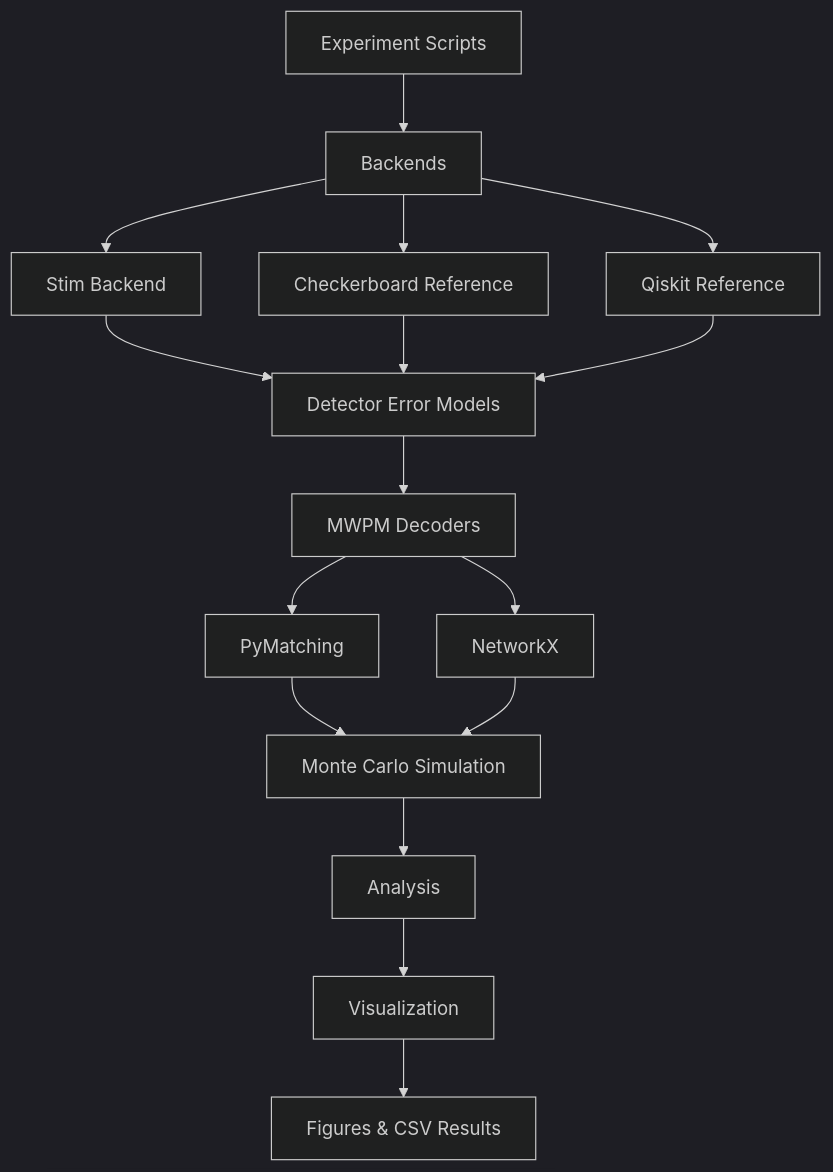
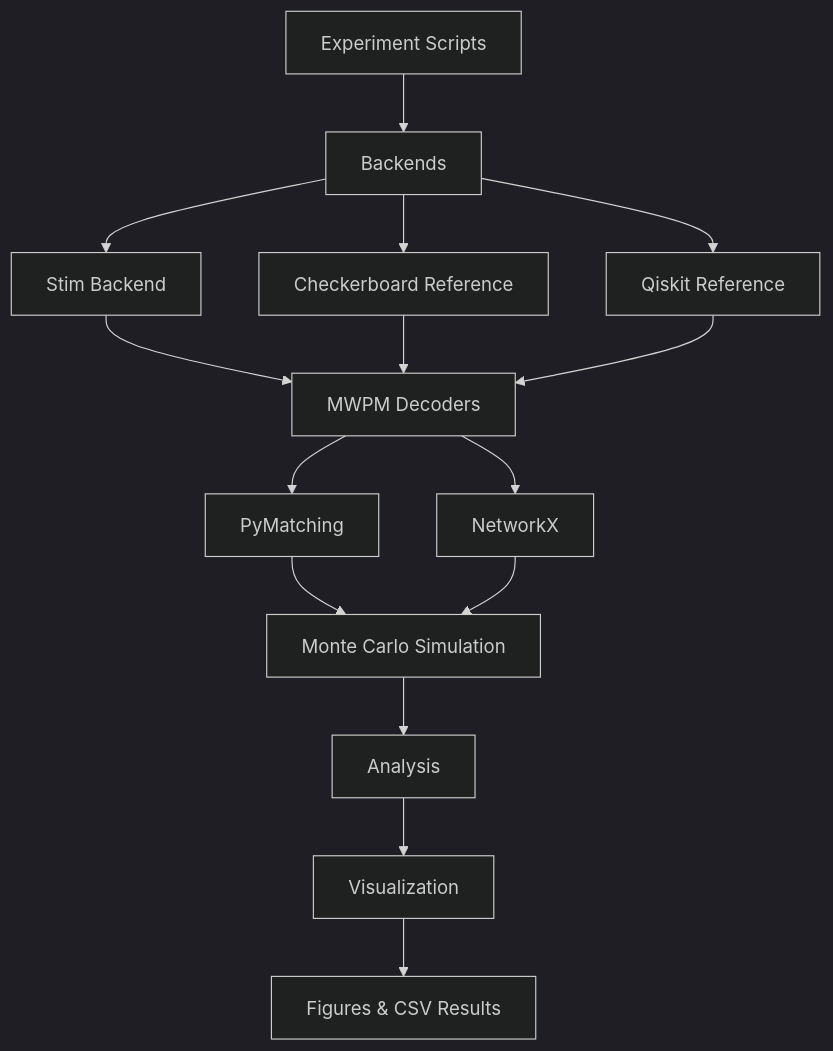
Before and after one commit to AriaWu34/surface-code-benchmark-framework: the diagram in README.md, drawn with Mermaid (dark theme).

Commit message:
Update flowchart

````diff
--- a/README.md
+++ b/README.md
@@ -19,28 +19,26 @@
 ```mermaid
 flowchart TD
 
     A[Experiment Scripts] --> B[Backends]
 
     B --> C1[Stim Backend]
     B --> C2[Checkerboard Reference]
     B --> C3[Qiskit Reference]
 
-    C1 --> D[Detector Error Models]
+    C1 --> D[MWPM Decoders]
     C2 --> D
     C3 --> D
 
-    D --> E[MWPM Decoders]
+    D --> D1[PyMatching]
+    D --> D2[NetworkX]
 
-    E --> F1[PyMatching]
-    E --> F2[NetworkX]
+    D1 --> E[Monte Carlo Simulation]
+    D2 --> E
 
-    F1 --> G[Monte Carlo Simulation]
-    F2 --> G
+    E --> F[Analysis]
 
-    G --> H[Analysis]
+    F --> G[Visualization]
 
-    H --> I[Visualization]
-
-    I --> J[Figures & CSV Results]
+    G --> H[Figures & CSV Results]
 
 ```
````
